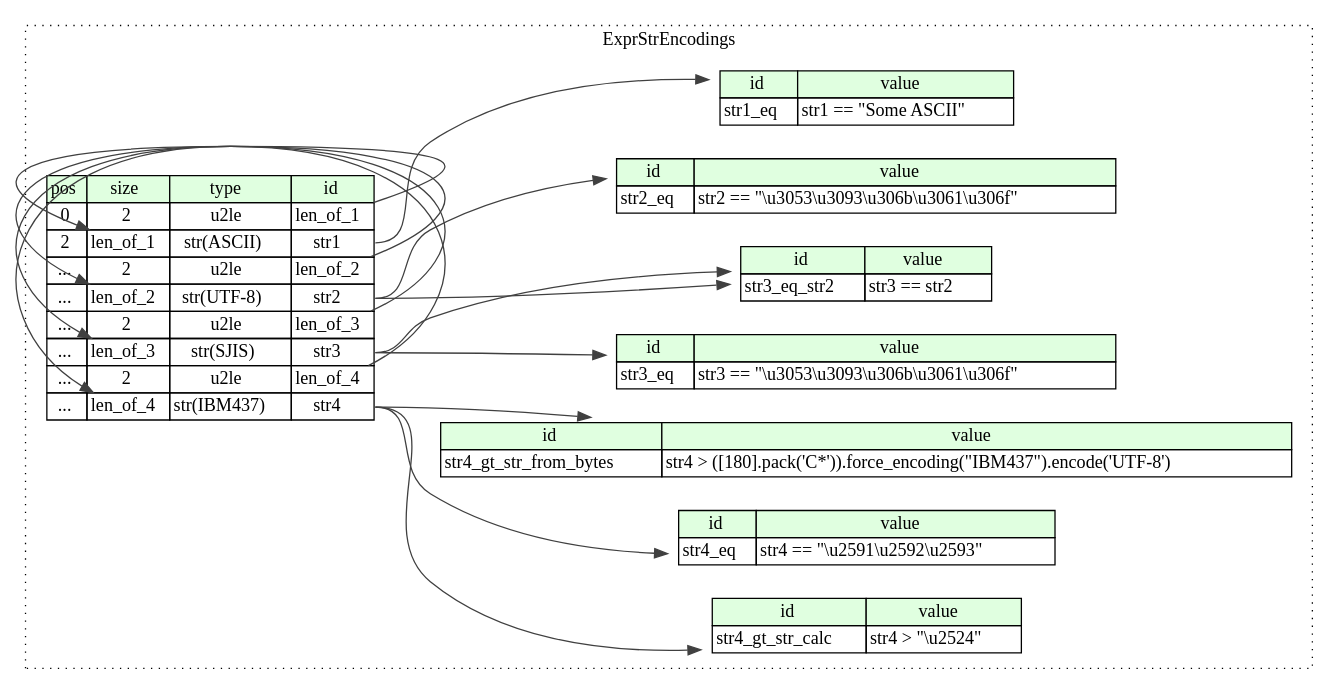
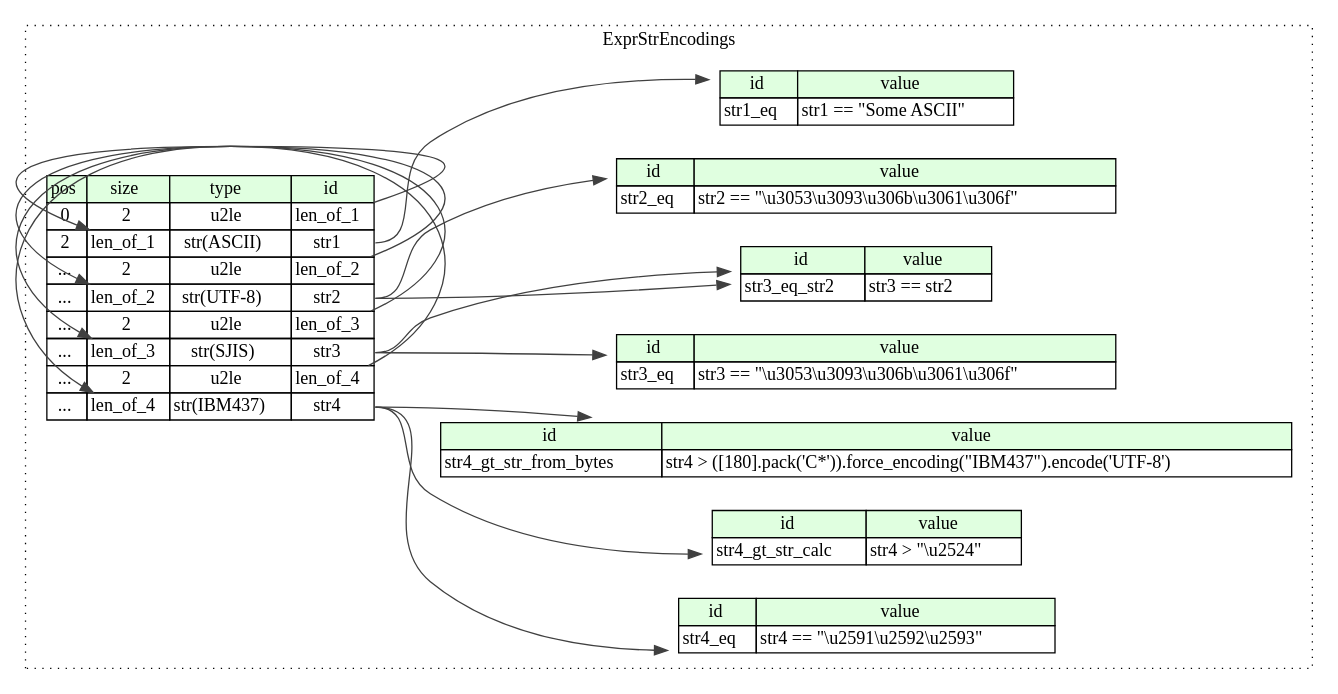
One commit to kaitai-io/ci_targets changed the diagram in compiled/graphviz/expr_str_encodings.dot. Above: the diagram before and after it, drawn with Graphviz. The commit also changed other lines of this file and 388 other files, not shown here.

```diff
--- a/compiled/graphviz/expr_str_encodings.dot
+++ b/compiled/graphviz/expr_str_encodings.dot
@@ -1,60 +1,60 @@
 digraph {
 	rankdir=LR;
 	node [shape=plaintext];
 	subgraph cluster__expr_str_encodings {
 		label="ExprStrEncodings";
 		graph[style=dotted];
 
 		expr_str_encodings__seq [label=<<TABLE BORDER="0" CELLBORDER="1" CELLSPACING="0">
 			<TR><TD BGCOLOR="#E0FFE0">pos</TD><TD BGCOLOR="#E0FFE0">size</TD><TD BGCOLOR="#E0FFE0">type</TD><TD BGCOLOR="#E0FFE0">id</TD></TR>
 			<TR><TD PORT="len_of_1_pos">0</TD><TD PORT="len_of_1_size">2</TD><TD>u2le</TD><TD PORT="len_of_1_type">len_of_1</TD></TR>
 			<TR><TD PORT="str1_pos">2</TD><TD PORT="str1_size">len_of_1</TD><TD>str(ASCII)</TD><TD PORT="str1_type">str1</TD></TR>
 			<TR><TD PORT="len_of_2_pos">...</TD><TD PORT="len_of_2_size">2</TD><TD>u2le</TD><TD PORT="len_of_2_type">len_of_2</TD></TR>
 			<TR><TD PORT="str2_pos">...</TD><TD PORT="str2_size">len_of_2</TD><TD>str(UTF-8)</TD><TD PORT="str2_type">str2</TD></TR>
 			<TR><TD PORT="len_of_3_pos">...</TD><TD PORT="len_of_3_size">2</TD><TD>u2le</TD><TD PORT="len_of_3_type">len_of_3</TD></TR>
 			<TR><TD PORT="str3_pos">...</TD><TD PORT="str3_size">len_of_3</TD><TD>str(SJIS)</TD><TD PORT="str3_type">str3</TD></TR>
 			<TR><TD PORT="len_of_4_pos">...</TD><TD PORT="len_of_4_size">2</TD><TD>u2le</TD><TD PORT="len_of_4_type">len_of_4</TD></TR>
 			<TR><TD PORT="str4_pos">...</TD><TD PORT="str4_size">len_of_4</TD><TD>str(IBM437)</TD><TD PORT="str4_type">str4</TD></TR>
 		</TABLE>>];
-		expr_str_encodings__inst__str4_gt_str_from_bytes [label=<<TABLE BORDER="0" CELLBORDER="1" CELLSPACING="0">
-			<TR><TD BGCOLOR="#E0FFE0">id</TD><TD BGCOLOR="#E0FFE0">value</TD></TR>
-			<TR><TD>str4_gt_str_from_bytes</TD><TD>str4 &gt; ([180].pack('C*')).force_encoding(&quot;IBM437&quot;).encode('UTF-8')</TD></TR>
-		</TABLE>>];
 		expr_str_encodings__inst__str1_eq [label=<<TABLE BORDER="0" CELLBORDER="1" CELLSPACING="0">
 			<TR><TD BGCOLOR="#E0FFE0">id</TD><TD BGCOLOR="#E0FFE0">value</TD></TR>
 			<TR><TD>str1_eq</TD><TD>str1 == &quot;Some ASCII&quot;</TD></TR>
+		</TABLE>>];
+		expr_str_encodings__inst__str2_eq [label=<<TABLE BORDER="0" CELLBORDER="1" CELLSPACING="0">
+			<TR><TD BGCOLOR="#E0FFE0">id</TD><TD BGCOLOR="#E0FFE0">value</TD></TR>
+			<TR><TD>str2_eq</TD><TD>str2 == &quot;\u3053\u3093\u306b\u3061\u306f&quot;</TD></TR>
+		</TABLE>>];
+		expr_str_encodings__inst__str3_eq_str2 [label=<<TABLE BORDER="0" CELLBORDER="1" CELLSPACING="0">
+			<TR><TD BGCOLOR="#E0FFE0">id</TD><TD BGCOLOR="#E0FFE0">value</TD></TR>
+			<TR><TD>str3_eq_str2</TD><TD>str3 == str2</TD></TR>
 		</TABLE>>];
 		expr_str_encodings__inst__str4_eq [label=<<TABLE BORDER="0" CELLBORDER="1" CELLSPACING="0">
 			<TR><TD BGCOLOR="#E0FFE0">id</TD><TD BGCOLOR="#E0FFE0">value</TD></TR>
 			<TR><TD>str4_eq</TD><TD>str4 == &quot;\u2591\u2592\u2593&quot;</TD></TR>
 		</TABLE>>];
-		expr_str_encodings__inst__str3_eq_str2 [label=<<TABLE BORDER="0" CELLBORDER="1" CELLSPACING="0">
+		expr_str_encodings__inst__str3_eq [label=<<TABLE BORDER="0" CELLBORDER="1" CELLSPACING="0">
 			<TR><TD BGCOLOR="#E0FFE0">id</TD><TD BGCOLOR="#E0FFE0">value</TD></TR>
-			<TR><TD>str3_eq_str2</TD><TD>str3 == str2</TD></TR>
+			<TR><TD>str3_eq</TD><TD>str3 == &quot;\u3053\u3093\u306b\u3061\u306f&quot;</TD></TR>
 		</TABLE>>];
 		expr_str_encodings__inst__str4_gt_str_calc [label=<<TABLE BORDER="0" CELLBORDER="1" CELLSPACING="0">
 			<TR><TD BGCOLOR="#E0FFE0">id</TD><TD BGCOLOR="#E0FFE0">value</TD></TR>
 			<TR><TD>str4_gt_str_calc</TD><TD>str4 &gt; &quot;\u2524&quot;</TD></TR>
 		</TABLE>>];
-		expr_str_encodings__inst__str2_eq [label=<<TABLE BORDER="0" CELLBORDER="1" CELLSPACING="0">
+		expr_str_encodings__inst__str4_gt_str_from_bytes [label=<<TABLE BORDER="0" CELLBORDER="1" CELLSPACING="0">
 			<TR><TD BGCOLOR="#E0FFE0">id</TD><TD BGCOLOR="#E0FFE0">value</TD></TR>
-			<TR><TD>str2_eq</TD><TD>str2 == &quot;\u3053\u3093\u306b\u3061\u306f&quot;</TD></TR>
-		</TABLE>>];
-		expr_str_encodings__inst__str3_eq [label=<<TABLE BORDER="0" CELLBORDER="1" CELLSPACING="0">
-			<TR><TD BGCOLOR="#E0FFE0">id</TD><TD BGCOLOR="#E0FFE0">value</TD></TR>
-			<TR><TD>str3_eq</TD><TD>str3 == &quot;\u3053\u3093\u306b\u3061\u306f&quot;</TD></TR>
+			<TR><TD>str4_gt_str_from_bytes</TD><TD>str4 &gt; ([180].pack('C*')).force_encoding(&quot;IBM437&quot;).encode('UTF-8')</TD></TR>
 		</TABLE>>];
 	}
 	expr_str_encodings__seq:len_of_1_type -> expr_str_encodings__seq:str1_size [color="#404040"];
 	expr_str_encodings__seq:len_of_2_type -> expr_str_encodings__seq:str2_size [color="#404040"];
 	expr_str_encodings__seq:len_of_3_type -> expr_str_encodings__seq:str3_size [color="#404040"];
 	expr_str_encodings__seq:len_of_4_type -> expr_str_encodings__seq:str4_size [color="#404040"];
-	expr_str_encodings__seq:str4_type -> expr_str_encodings__inst__str4_gt_str_from_bytes [color="#404040"];
 	expr_str_encodings__seq:str1_type -> expr_str_encodings__inst__str1_eq [color="#404040"];
-	expr_str_encodings__seq:str4_type -> expr_str_encodings__inst__str4_eq [color="#404040"];
+	expr_str_encodings__seq:str2_type -> expr_str_encodings__inst__str2_eq [color="#404040"];
 	expr_str_encodings__seq:str3_type -> expr_str_encodings__inst__str3_eq_str2 [color="#404040"];
 	expr_str_encodings__seq:str2_type -> expr_str_encodings__inst__str3_eq_str2 [color="#404040"];
+	expr_str_encodings__seq:str4_type -> expr_str_encodings__inst__str4_eq [color="#404040"];
+	expr_str_encodings__seq:str3_type -> expr_str_encodings__inst__str3_eq [color="#404040"];
 	expr_str_encodings__seq:str4_type -> expr_str_encodings__inst__str4_gt_str_calc [color="#404040"];
-	expr_str_encodings__seq:str2_type -> expr_str_encodings__inst__str2_eq [color="#404040"];
-	expr_str_encodings__seq:str3_type -> expr_str_encodings__inst__str3_eq [color="#404040"];
+	expr_str_encodings__seq:str4_type -> expr_str_encodings__inst__str4_gt_str_from_bytes [color="#404040"];
 }
```
